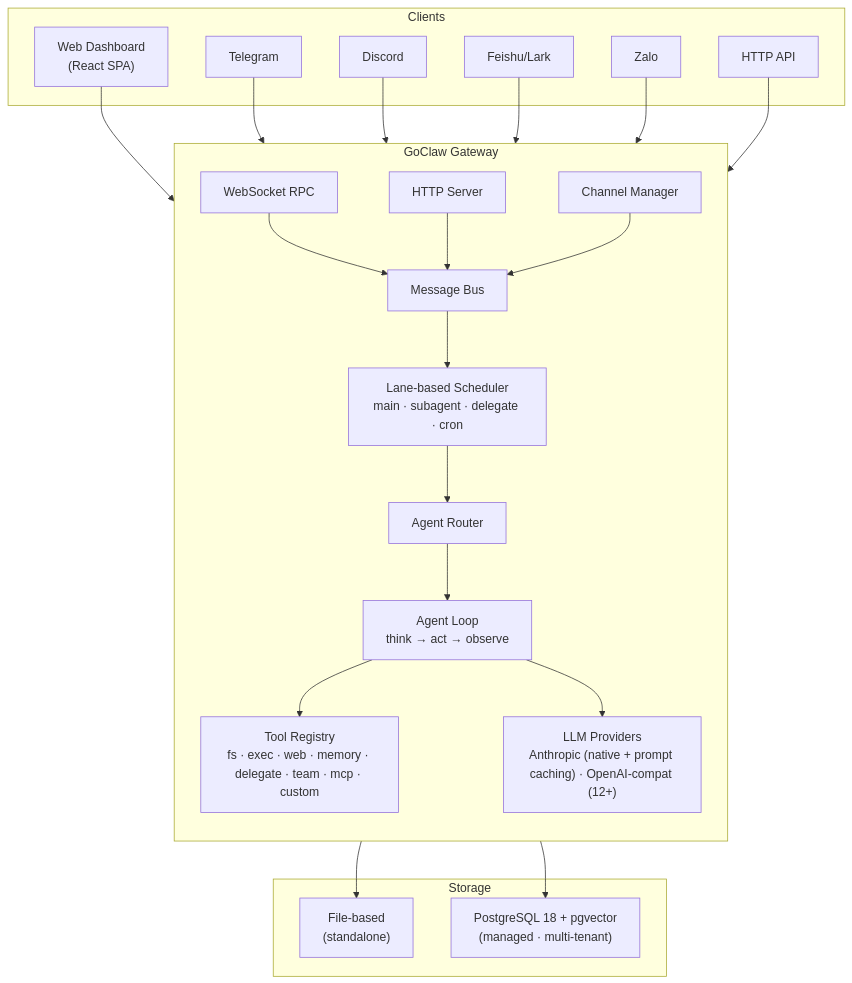
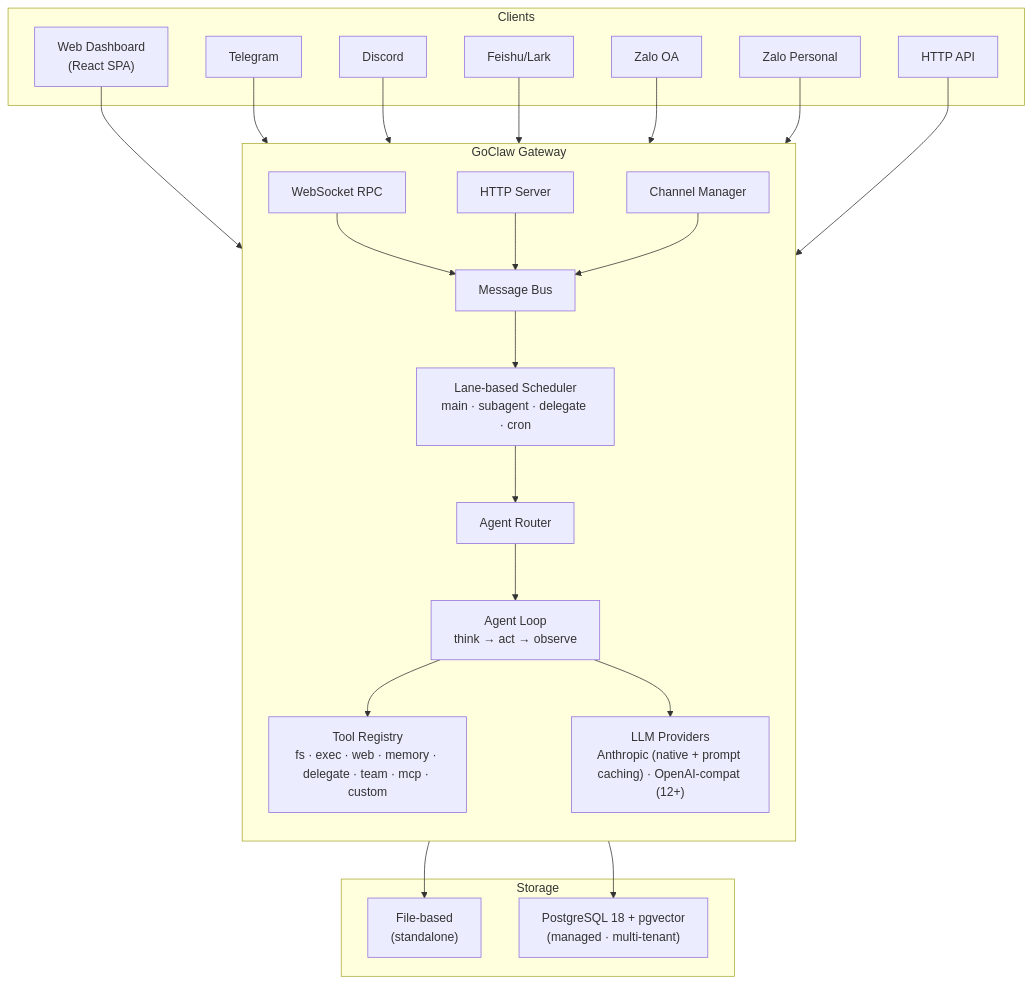
The first of 5 diagrams in README.md (itsddvn/goclaw), drawn with Mermaid before and after one commit. The commit also changed other lines of this file, not shown here.

````diff
--- a/README.md
+++ b/README.md
@@ -62,32 +63,33 @@
 ```mermaid
 graph TB
     subgraph Clients
         WEB["Web Dashboard<br/>(React SPA)"]
         TG["Telegram"]
         DC["Discord"]
         FS["Feishu/Lark"]
-        ZL["Zalo"]
+        ZL["Zalo OA"]
+        ZLP["Zalo Personal"]
         API["HTTP API"]
     end
 
     subgraph Gateway["GoClaw Gateway"]
         direction TB
         WS["WebSocket RPC"] & REST["HTTP Server"] & CM["Channel Manager"]
         WS & REST & CM --> BUS["Message Bus"]
         BUS --> SCHED["Lane-based Scheduler<br/>main · subagent · delegate · cron"]
         SCHED --> ROUTER["Agent Router"]
         ROUTER --> LOOP["Agent Loop<br/>think → act → observe"]
         LOOP --> TOOLS["Tool Registry<br/>fs · exec · web · memory · delegate · team · mcp · custom"]
         LOOP --> LLM["LLM Providers<br/>Anthropic (native + prompt caching) · OpenAI-compat (12+)"]
     end
 
     subgraph Storage
         FILE["File-based<br/>(standalone)"]
         PG["PostgreSQL 18 + pgvector<br/>(managed · multi-tenant)"]
     end
 
     WEB --> WS
-    TG & DC & FS & ZL --> CM
+    TG & DC & FS & ZL & ZLP --> CM
     API --> REST
     LOOP --> FILE & PG
 ```
````
